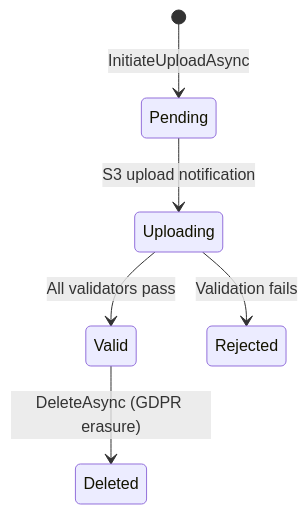
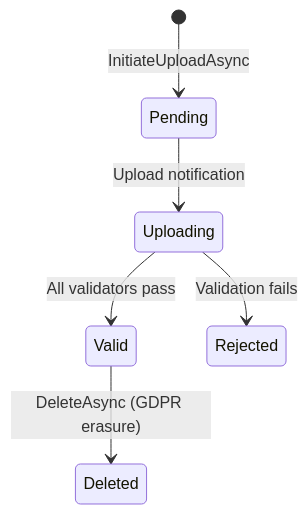
The fourth of 4 diagrams in docs-site/src/content/docs/reference/modules/blob-storage.mdx (enraiz/granit-dotnet), drawn with Mermaid before and after one commit. The commit also changed other lines of this file and 6 other files, not shown here.

First line of the commit message:
docs: update blob storage documentation for multi-provider architecture (#780)

````diff
--- a/docs-site/src/content/docs/reference/modules/blob-storage.mdx
+++ b/docs-site/src/content/docs/reference/modules/blob-storage.mdx
@@ -249,8 +427,8 @@
 ```mermaid
 stateDiagram-v2
     [*] --> Pending : InitiateUploadAsync
-    Pending --> Uploading : S3 upload notification
+    Pending --> Uploading : Upload notification
     Uploading --> Valid : All validators pass
     Uploading --> Rejected : Validation fails
     Valid --> Deleted : DeleteAsync (GDPR erasure)
 ```
````
